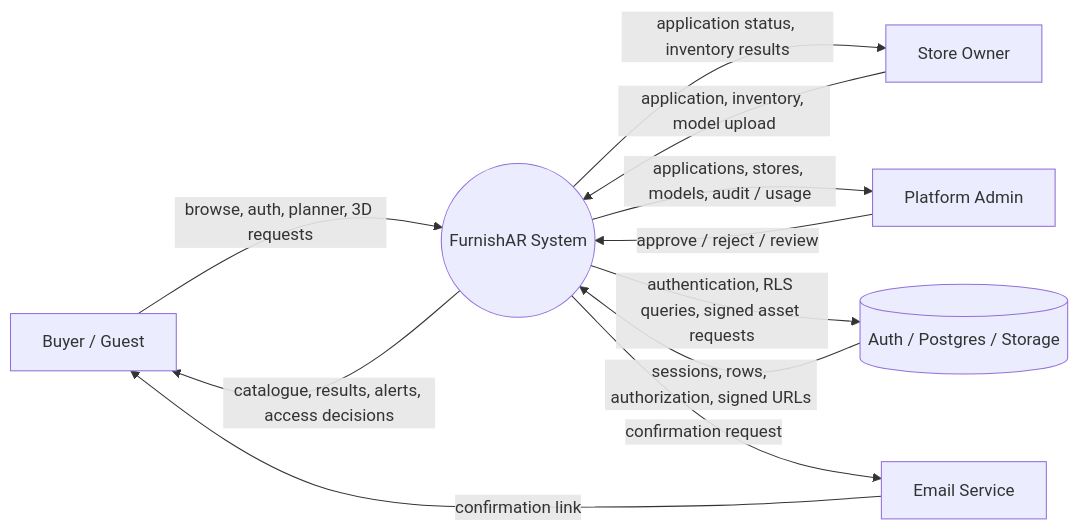
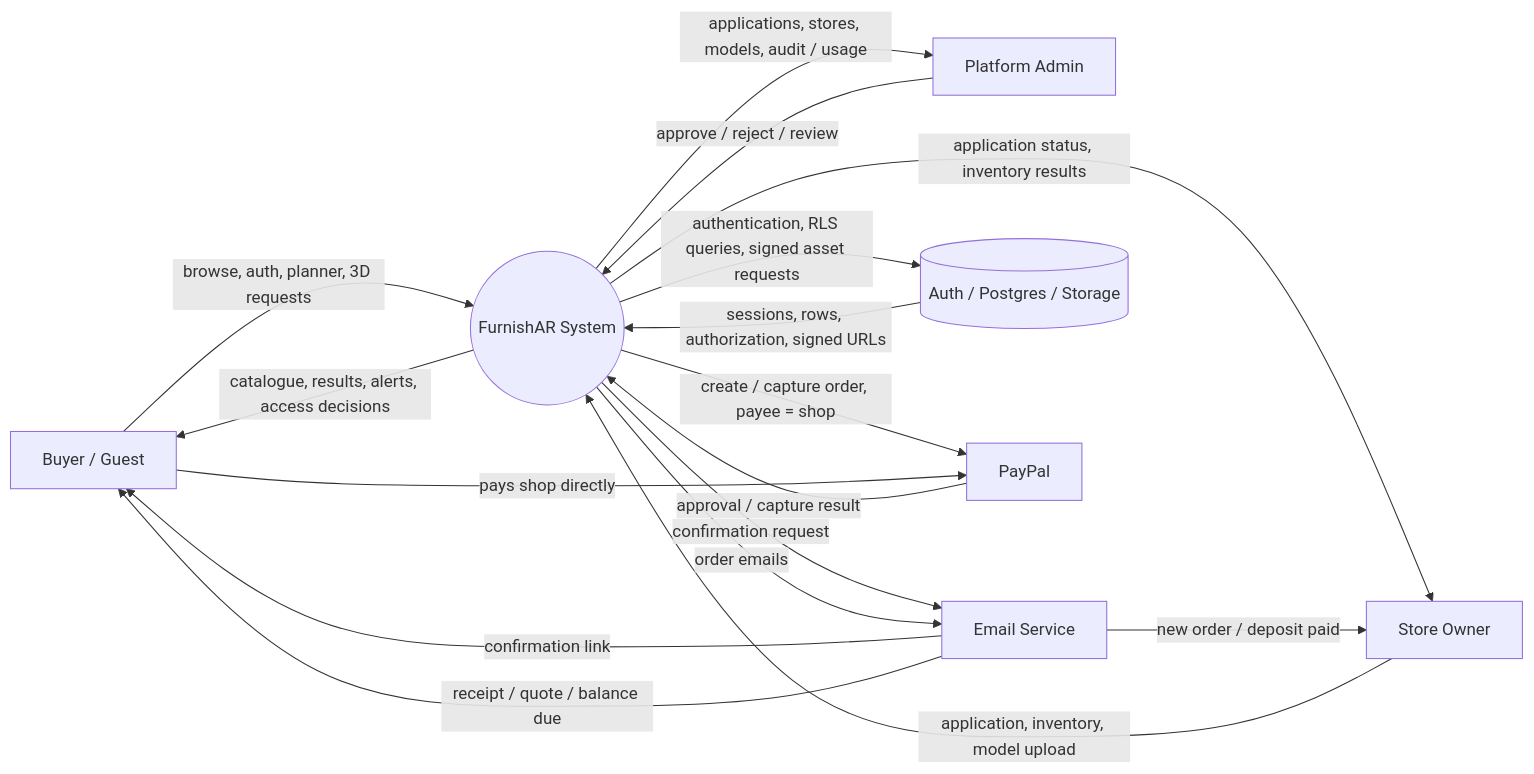
Before and after one commit to Kenji0000X/FurnishAR.v1: the first of 4 diagrams in docs/FURNISHAR-DFD-V2.md, drawn with Mermaid. The commit also changed other lines of this file and 26 other files, not shown here.

First line of the commit message:
Orders and payments: stocked and custom shops, PayPal to the shop, 10% fee

````diff
--- a/docs/FURNISHAR-DFD-V2.md
+++ b/docs/FURNISHAR-DFD-V2.md
@@ -75,24 +84,32 @@
 ```mermaid
 flowchart LR
     B[Buyer / Guest]
     O[Store Owner]
     A[Platform Admin]
     E[Email Service]
     F((FurnishAR System))
     X[(Auth / Postgres / Storage)]
 
     B -->|browse, auth, planner, 3D requests| F
     F -->|catalogue, results, alerts, access decisions| B
 
     O -->|application, inventory, model upload| F
     F -->|application status, inventory results| O
 
     A -->|approve / reject / review| F
     F -->|applications, stores, models, audit / usage| A
 
     F -->|authentication, RLS queries, signed asset requests| X
     X -->|sessions, rows, authorization, signed URLs| F
 
     F -->|confirmation request| E
     E -->|confirmation link| B
+
+    PP[PayPal]
+    F -->|create / capture order, payee = shop| PP
+    PP -->|approval / capture result| F
+    B -->|pays shop directly| PP
+    F -->|order emails| E
+    E -->|receipt / quote / balance due| B
+    E -->|new order / deposit paid| O
 ```
````
